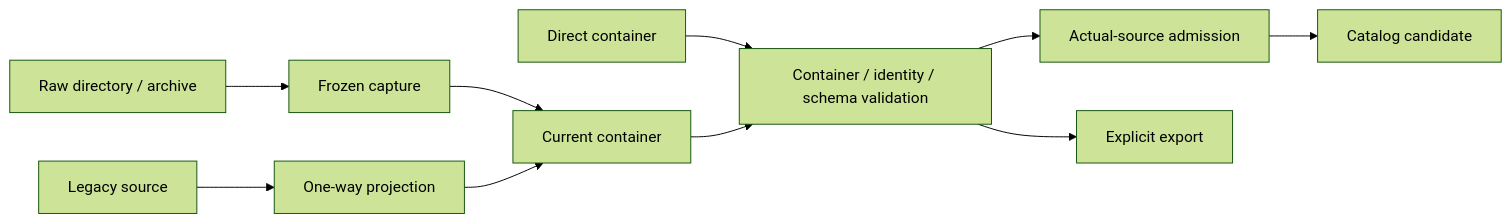
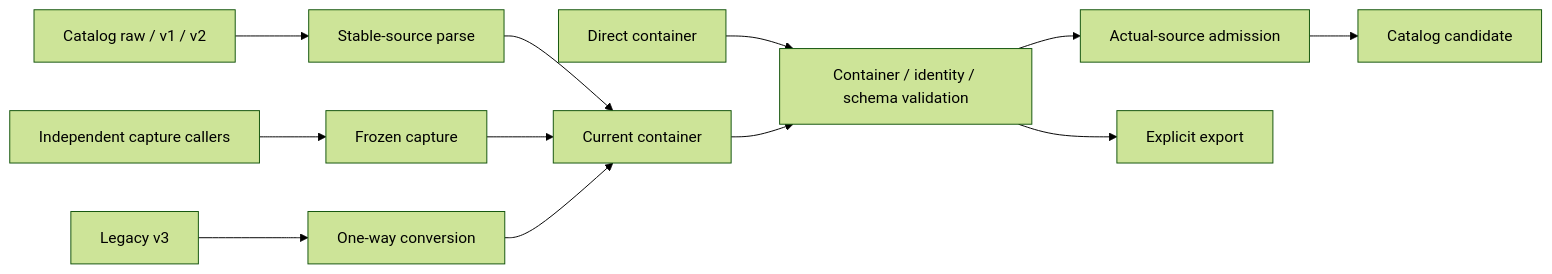
One commit to YesSteveModel/YesSteveModel changed the diagram in docs/architecture/asset-pipeline/overview.md. Above: the diagram before and after it, drawn with Mermaid (forest theme). The commit also changed other lines of this file and 1109 other files, not shown here.

````diff
--- a/docs/architecture/asset-pipeline/overview.md
+++ b/docs/architecture/asset-pipeline/overview.md
@@ -27,12 +27,14 @@
 ```mermaid
 flowchart LR
-    RAW["Raw directory / archive"] --> CAP["Frozen capture"]
+    RAW["Catalog raw / v1 / v2"] --> PARSE["Stable-source parse"]
+    PARSE --> WRITE["Current container"]
+    FROZEN["Independent capture callers"] --> CAP["Frozen capture"]
     CAP --> WRITE["Current container"]
-    OLD["Legacy source"] --> PROJECT["One-way projection"]
+    OLD["Legacy v3"] --> PROJECT["One-way conversion"]
     PROJECT --> WRITE
     DIRECT["Direct container"] --> READ["Container / identity / schema validation"]
     WRITE --> READ
     READ --> ADMIT["Actual-source admission"]
     ADMIT --> CATALOG["Catalog candidate"]
     READ --> EXPORT["Explicit export"]
 ```
````
